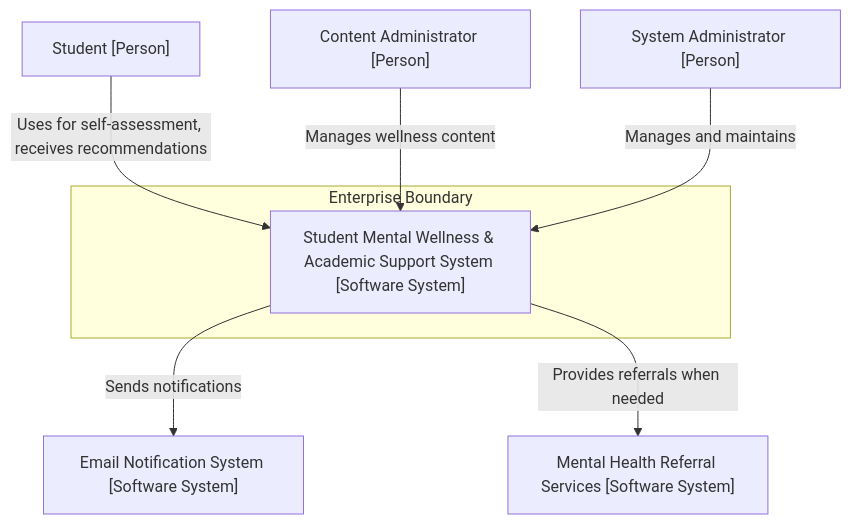
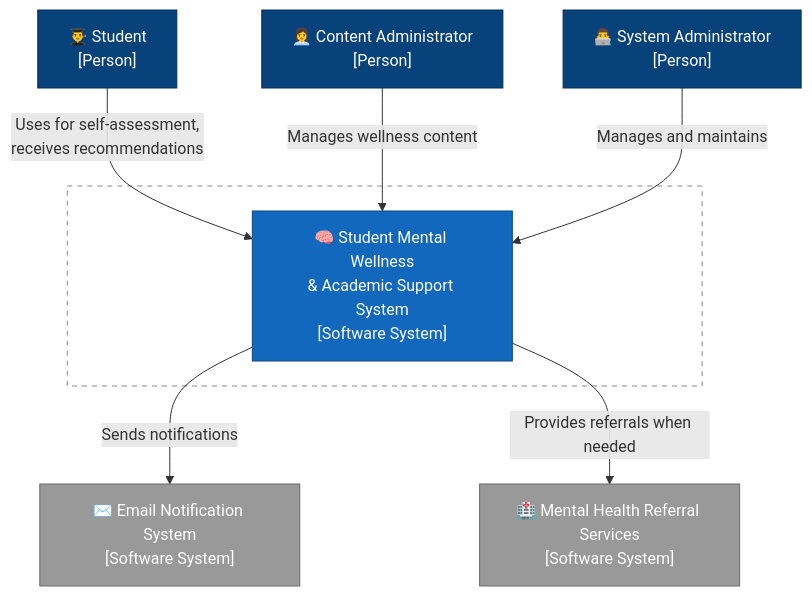
Before and after one commit to ZiyandaPetela/Student_Mental_Wellness_Academic_Support_System: the fifth of 6 diagrams in ARCHITECTURE.md, drawn with Mermaid. The commit also changed other lines of this file, not shown here.

````diff
--- a/ARCHITECTURE.md
+++ b/ARCHITECTURE.md
@@ -365,19 +365,26 @@
 ```mermaid
 graph TD
-    Student["Student [Person]"]
-    ContentAdmin["Content Administrator [Person]"]
-    Administrator["System Administrator [Person]"]
-    SMWASS["Student Mental Wellness & Academic Support System [Software System]"]
-    EmailSystem["Email Notification System [Software System]"]
-    ReferralServices["Mental Health Referral Services [Software System]"]
+    Student["👨‍🎓 Student<br>[Person]"]:::personStyle
+    ContentAdmin["👩‍💼 Content Administrator<br>[Person]"]:::personStyle
+    Administrator["👨‍💻 System Administrator<br>[Person]"]:::personStyle
+    SMWASS["🧠 Student Mental Wellness<br>& Academic Support System<br>[Software System]"]:::mainSystemStyle
+    EmailSystem["✉️ Email Notification System<br>[Software System]"]:::externalSystemStyle
+    ReferralServices["🏥 Mental Health Referral Services<br>[Software System]"]:::externalSystemStyle
     
-    Student -->|Uses for self-assessment, receives recommendations| SMWASS
+    Student -->|Uses for self-assessment,<br>receives recommendations| SMWASS
     ContentAdmin -->|Manages wellness content| SMWASS
     Administrator -->|Manages and maintains| SMWASS
     SMWASS -->|Sends notifications| EmailSystem
     SMWASS -->|Provides referrals when needed| ReferralServices
     
-    subgraph "Enterprise Boundary"
+    subgraph EnterpriseBoundary["Enterprise Boundary"]
         SMWASS
     end
+    
+    classDef personStyle fill:#08427B,stroke:#052E56,color:#fff,shape:circle
+    classDef mainSystemStyle fill:#1168BD,stroke:#0B4884,color:#fff
+    classDef externalSystemStyle fill:#999999,stroke:#6B6B6B,color:#fff
+    classDef boundaryStyle fill:none,stroke:#888888,color:#fff,stroke-dasharray:5 5
+    
+    class EnterpriseBoundary boundaryStyle
 ```
````
